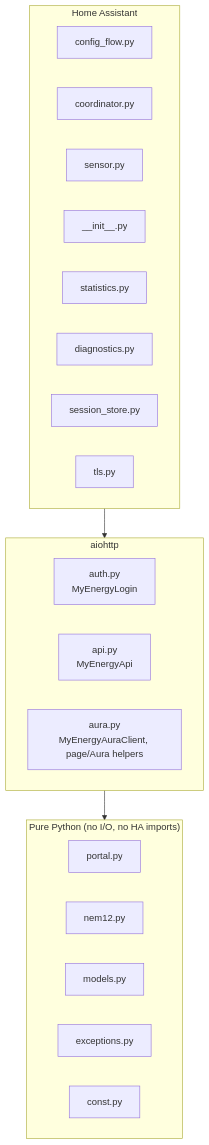
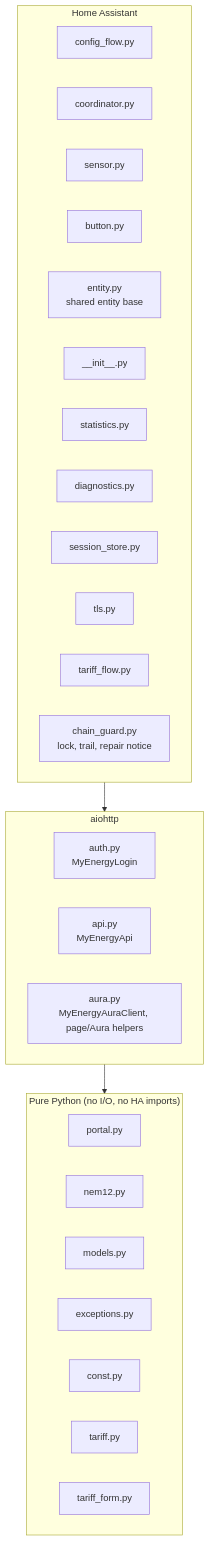
The first of 4 diagrams in docs/ARCHITECTURE.md (markesss/ha-citipower-myenergy), drawn with Mermaid before and after one commit. The commit also changed other lines of this file and 61 other files, not shown here.

First line of the commit message:
0.2.0: cost tracking, live tariff sensors, a refresh button and quality scale Silver (#2)

````diff
--- a/docs/ARCHITECTURE.md
+++ b/docs/ARCHITECTURE.md
@@ -5,30 +5,36 @@
 ```mermaid
 flowchart TB
     subgraph ha["Home Assistant"]
         direction LR
         cf["config_flow.py"]
         co["coordinator.py"]
         se["sensor.py"]
+        bu["button.py"]
+        en["entity.py<br/>shared entity base"]
         ini["__init__.py"]
         st["statistics.py"]
         di["diagnostics.py"]
         ss["session_store.py"]
         tls["tls.py"]
+        tf["tariff_flow.py"]
+        cg["chain_guard.py<br/>lock, trail, repair notice"]
     end
     subgraph io["aiohttp"]
         direction LR
         auth["auth.py<br/>MyEnergyLogin"]
         api["api.py<br/>MyEnergyApi"]
         aura["aura.py<br/>MyEnergyAuraClient, page/Aura helpers"]
     end
     subgraph pure["Pure Python (no I/O, no HA imports)"]
         direction LR
         portal["portal.py"]
         nem12["nem12.py"]
         models["models.py"]
         exc["exceptions.py"]
         const["const.py"]
+        tariff["tariff.py"]
+        tform["tariff_form.py"]
     end
     ha --> io
     io --> pure
 ```
````
